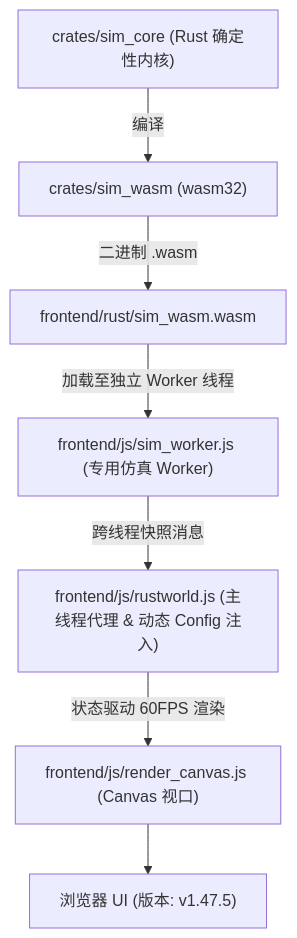
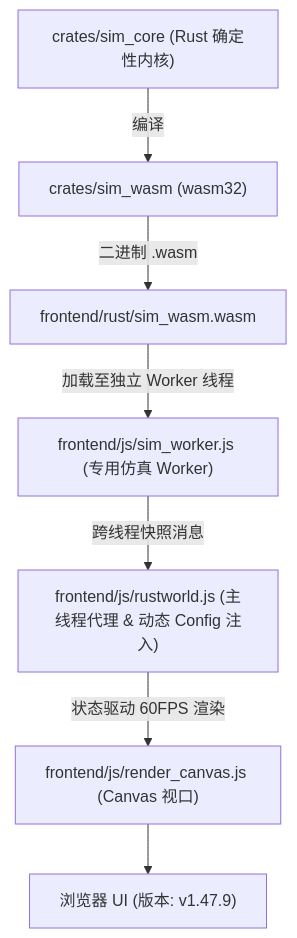
Before and after one commit to g39088902/FlowAndAccord: the diagram in AGENTS.md, drawn with Mermaid. The commit also changed other lines of this file and 46 other files, not shown here.

First line of the commit message:
修复世界实体图层遮挡: POI/房屋/族人统一相机深度绘制 (v1.47.9)

````diff
--- a/AGENTS.md
+++ b/AGENTS.md
@@ -61,9 +61,9 @@
 ```mermaid
 graph TD
     A["crates/sim_core (Rust 确定性内核)"] -->|编译| B["crates/sim_wasm (wasm32)"]
     B -->|二进制 .wasm| C["frontend/rust/sim_wasm.wasm"]
     C -->|加载至独立 Worker 线程| D["frontend/js/sim_worker.js (专用仿真 Worker)"]
     D -->|跨线程快照消息| E["frontend/js/rustworld.js (主线程代理 & 动态 Config 注入)"]
     E -->|状态驱动 60FPS 渲染| F["frontend/js/render_canvas.js (Canvas 视口)"]
-    F --> G["浏览器 UI (版本: v1.47.5)"]
+    F --> G["浏览器 UI (版本: v1.47.9)"]
 ```
````
